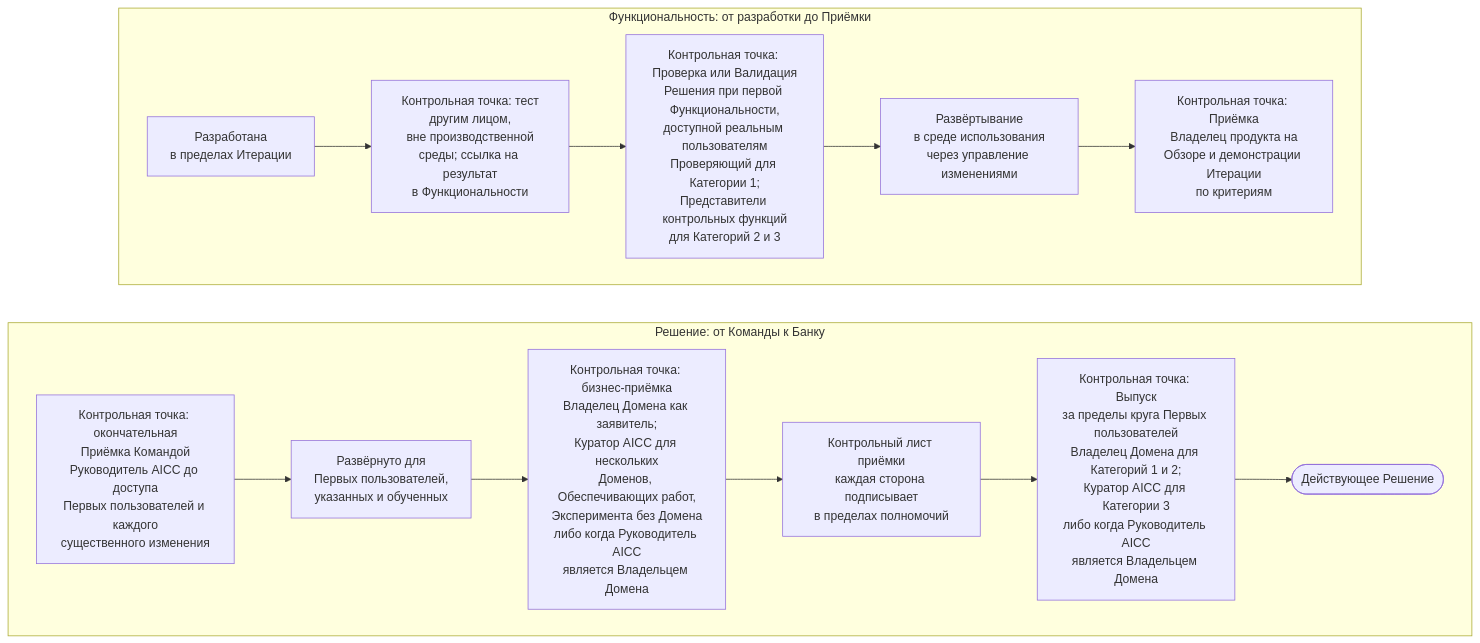
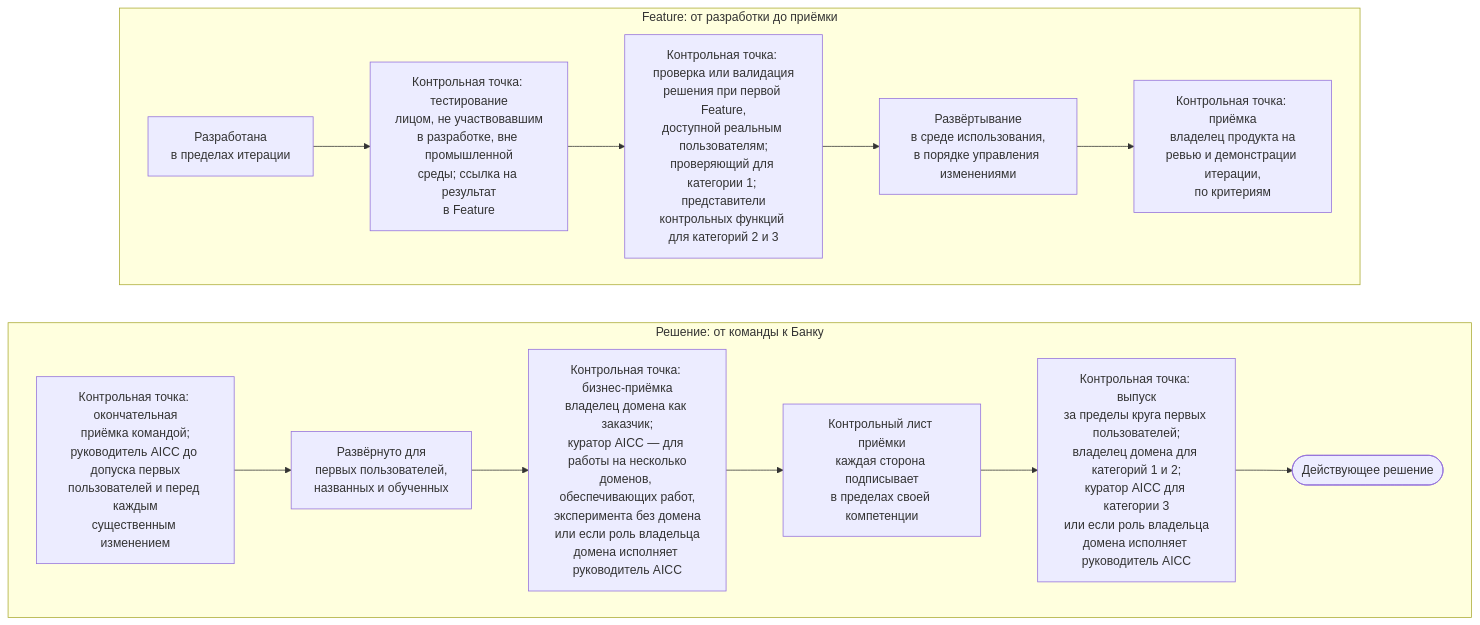
One commit to devhogu/ob-aicc changed the diagram in portal/content/ru/delivery/quality-verification-and-release.md. Above: the diagram before and after it, drawn with Mermaid. The commit also changed other lines of this file and 21 other files, not shown here.

````diff
--- a/portal/content/ru/delivery/quality-verification-and-release.md
+++ b/portal/content/ru/delivery/quality-verification-and-release.md
@@ -13,19 +13,19 @@
 ```mermaid
 flowchart TB
-  subgraph ROW1["Функциональность: от разработки до Приёмки"]
+  subgraph ROW1["Feature: от разработки до приёмки"]
     direction LR
-    B["Разработана<br/>в пределах Итерации"] --> T["Контрольная точка: тест<br/>другим лицом,<br/>вне производственной<br/>среды; ссылка на результат<br/>в Функциональности"]
-    T --> CV["Контрольная точка: Проверка или Валидация<br/>Решения при первой Функциональности,<br/>доступной реальным пользователям<br/>Проверяющий для Категории 1;<br/>Представители контрольных функций<br/>для Категорий 2 и 3"]
-    CV --> D["Развёртывание<br/>в среде использования<br/>через управление изменениями"]
-    D --> A1["Контрольная точка: Приёмка<br/>Владелец продукта на<br/>Обзоре и демонстрации Итерации<br/>по критериям"]
+    B["Разработана<br/>в пределах итерации"] --> T["Контрольная точка: тестирование<br/>лицом, не участвовавшим<br/>в разработке, вне промышленной<br/>среды; ссылка на результат<br/>в Feature"]
+    T --> CV["Контрольная точка: проверка или валидация<br/>решения при первой Feature,<br/>доступной реальным пользователям;<br/>проверяющий для категории 1; представители<br/>контрольных функций для категорий 2 и 3"]
+    CV --> D["Развёртывание<br/>в среде использования,<br/>в порядке управления изменениями"]
+    D --> A1["Контрольная точка: приёмка<br/>владелец продукта на<br/>ревью и демонстрации итерации,<br/>по критериям"]
   end
-  subgraph ROW2["Решение: от Команды к Банку"]
+  subgraph ROW2["Решение: от команды к Банку"]
     direction LR
-    A2["Контрольная точка: окончательная<br/>Приёмка Командой<br/>Руководитель AICC до доступа<br/>Первых пользователей и каждого<br/>существенного изменения"] --> FU["Развёрнуто для<br/>Первых пользователей,<br/>указанных и обученных"]
-    FU --> A3["Контрольная точка: бизнес-приёмка<br/>Владелец Домена как заявитель;<br/>Куратор AICC для нескольких<br/>Доменов, Обеспечивающих работ,<br/>Эксперимента без Домена<br/>либо когда Руководитель AICC<br/>является Владельцем Домена"]
-    A3 --> CL["Контрольный лист приёмки<br/>каждая сторона подписывает<br/>в пределах полномочий"]
-    CL --> RL["Контрольная точка: Выпуск<br/>за пределы круга Первых пользователей<br/>Владелец Домена для Категорий 1 и 2;<br/>Куратор AICC для Категории 3<br/>либо когда Руководитель AICC<br/>является Владельцем Домена"]
-    RL --> LV(["Действующее Решение"])
+    A2["Контрольная точка: окончательная<br/>приёмка командой;<br/>руководитель AICC до допуска первых<br/>пользователей и перед каждым<br/>существенным изменением"] --> FU["Развёрнуто для<br/>первых пользователей,<br/>названных и обученных"]
+    FU --> A3["Контрольная точка: бизнес-приёмка<br/>владелец домена как заказчик;<br/>куратор AICC — для работы на несколько<br/>доменов, обеспечивающих работ,<br/>эксперимента без домена<br/>или если роль владельца<br/>домена исполняет руководитель AICC"]
+    A3 --> CL["Контрольный лист приёмки<br/>каждая сторона подписывает<br/>в пределах своей компетенции"]
+    CL --> RL["Контрольная точка: выпуск<br/>за пределы круга первых пользователей;<br/>владелец домена для категорий 1 и 2;<br/>куратор AICC для категории 3<br/>или если роль владельца<br/>домена исполняет руководитель AICC"]
+    RL --> LV(["Действующее решение"])
   end
   ROW1 ~~~ ROW2
 ```
````
